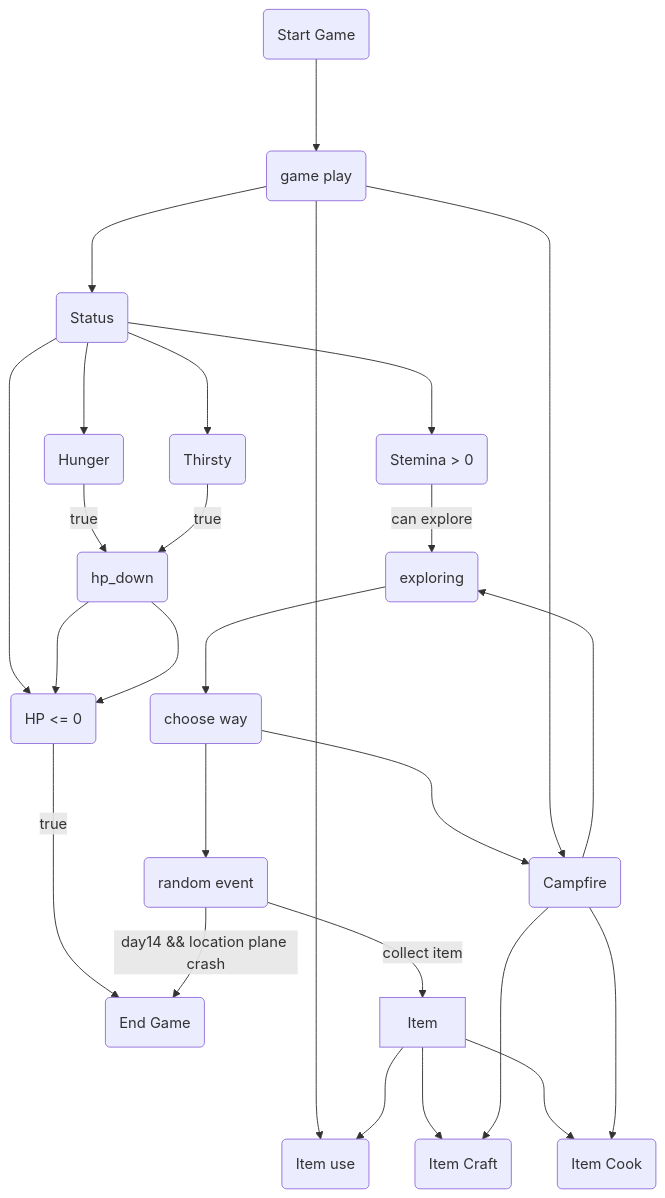
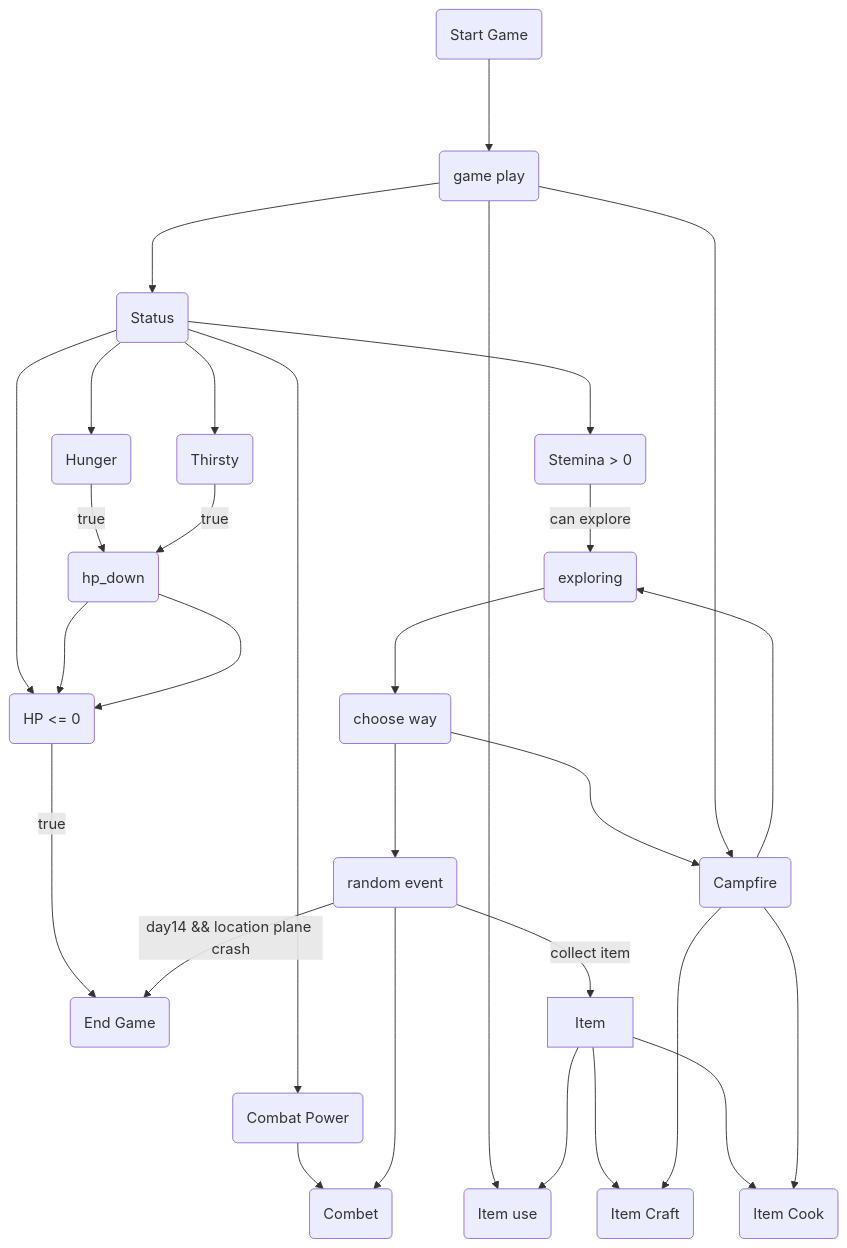
One commit to SSProgamer/C-Project changed the diagram in need me.md. Above: the diagram before and after it, drawn with Mermaid. The commit also changed other lines of this file, not shown here.

Commit message:
Update need me.md

````diff
--- a/need me.md
+++ b/need me.md
@@ -35,21 +35,23 @@
 ```mermaid
 flowchart TD
 start(Start Game) ---> ingame(game play)
 ingame ---> status(Status) --->hp
 status ---> Stemina(Stemina > 0) --can explore--> explore
 status ---> Hunger(Hunger) --true--> hp_down(hp_down) ---> hp
 status ---> Thirsty(Thirsty) --true--> hp_down(hp_down) ---> hp
+status ---> combatpower(Combat Power) --> combet
 hp(HP <= 0) --true--> e(End Game)
 
 campfire ---> explore(exploring) ---> way(choose way) ---> event(random event)
 way ---> campfire
+event ----> combet(Combet)
 event --day14 && location plane crash--> e(End Game)
 event(random event) --collect item--> Item
 ingame ---> Itemuse(Item use)
 Item ---> Itemuse
 Item ---> Itemcraft(Item Craft)
 Item ---> Itemcook(Item Cook)
 ingame ---> campfire(Campfire)
 campfire(Campfire) ---> Itemcraft(Item Craft)
 campfire(Campfire) ---> Itemcook(Item Cook)
 ```
````
